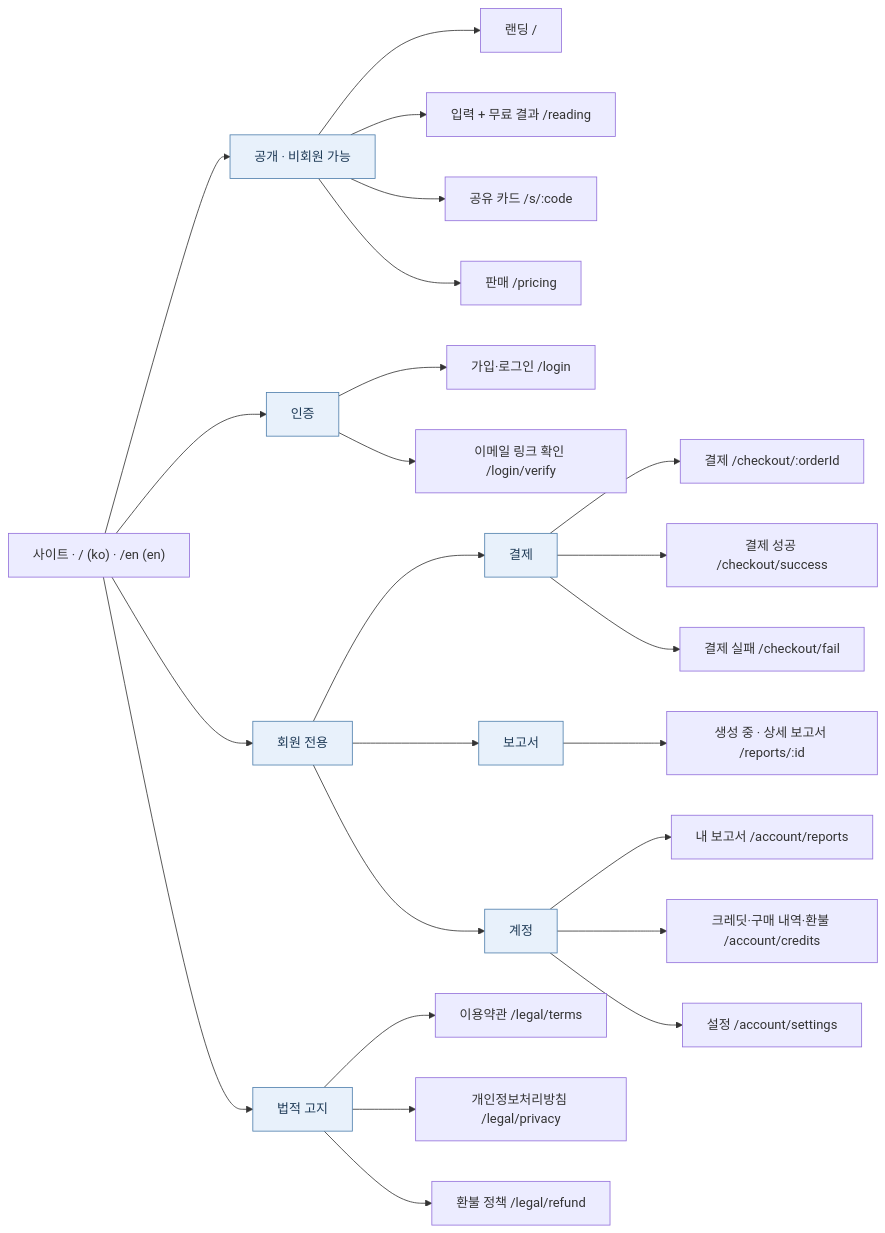
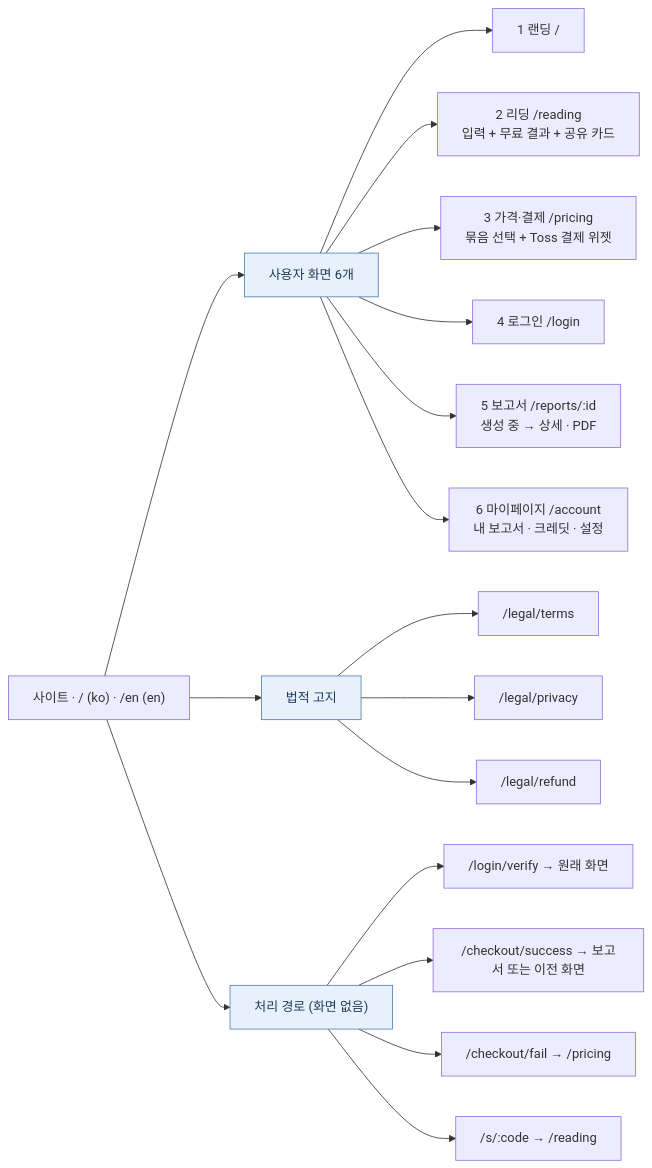
Before and after one commit to Dae-Jeong/k-saju: the diagram in docs/sitemap.md, drawn with Mermaid. The commit also changed other lines of this file, not shown here.

Commit message:
docs: compact sitemap to six screens plus handler routes

````diff
--- a/docs/sitemap.md
+++ b/docs/sitemap.md
@@ -7,38 +7,27 @@
 ```mermaid
 flowchart LR
     Root["사이트 · / (ko) · /en (en)"]
 
-    Root --> Public["공개 · 비회원 가능"]
-    Root --> Auth["인증"]
-    Root --> Member["회원 전용"]
+    Root --> Screens["사용자 화면 6개"]
     Root --> Legal["법적 고지"]
+    Root --> Handlers["처리 경로 (화면 없음)"]
 
-    Public --> Landing["랜딩 /"]
-    Public --> Reading["입력 + 무료 결과 /reading"]
-    Public --> Share["공유 카드 /s/:code"]
-    Public --> Pricing["판매 /pricing"]
+    Screens --> Landing["1 랜딩 /"]
+    Screens --> Reading["2 리딩 /reading<br/>입력 + 무료 결과 + 공유 카드"]
+    Screens --> Pricing["3 가격·결제 /pricing<br/>묶음 선택 + Toss 결제 위젯"]
+    Screens --> Login["4 로그인 /login"]
+    Screens --> Report["5 보고서 /reports/:id<br/>생성 중 → 상세 · PDF"]
+    Screens --> Account["6 마이페이지 /account<br/>내 보고서 · 크레딧 · 설정"]
 
-    Auth --> Login["가입·로그인 /login"]
-    Auth --> Verify["이메일 링크 확인 /login/verify"]
+    Legal --> Terms["/legal/terms"]
+    Legal --> Privacy["/legal/privacy"]
+    Legal --> Refund["/legal/refund"]
 
-    Member --> Checkout["결제"]
-    Member --> Reports["보고서"]
-    Member --> Account["계정"]
-
-    Checkout --> Pay["결제 /checkout/:orderId"]
-    Checkout --> PaySuccess["결제 성공 /checkout/success"]
-    Checkout --> PayFail["결제 실패 /checkout/fail"]
-
-    Reports --> Report["생성 중 · 상세 보고서 /reports/:id"]
-
-    Account --> MyReports["내 보고서 /account/reports"]
-    Account --> Credits["크레딧·구매 내역·환불 /account/credits"]
-    Account --> Settings["설정 /account/settings"]
-
-    Legal --> Terms["이용약관 /legal/terms"]
-    Legal --> Privacy["개인정보처리방침 /legal/privacy"]
-    Legal --> Refund["환불 정책 /legal/refund"]
+    Handlers --> Verify["/login/verify → 원래 화면"]
+    Handlers --> PayOk["/checkout/success → 보고서 또는 이전 화면"]
+    Handlers --> PayFail["/checkout/fail → /pricing"]
+    Handlers --> ShareLink["/s/:code → /reading"]
 
     classDef group fill:#e8f1fb,stroke:#4f7fac,color:#1f3b57
-    class Public,Auth,Member,Legal,Checkout,Reports,Account group
+    class Screens,Legal,Handlers group
 ```
````
